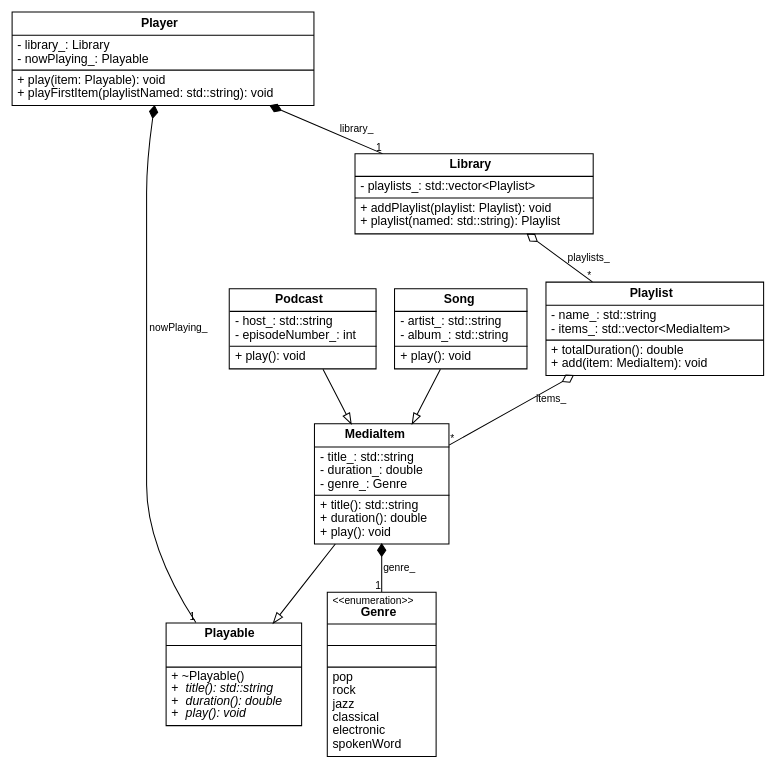
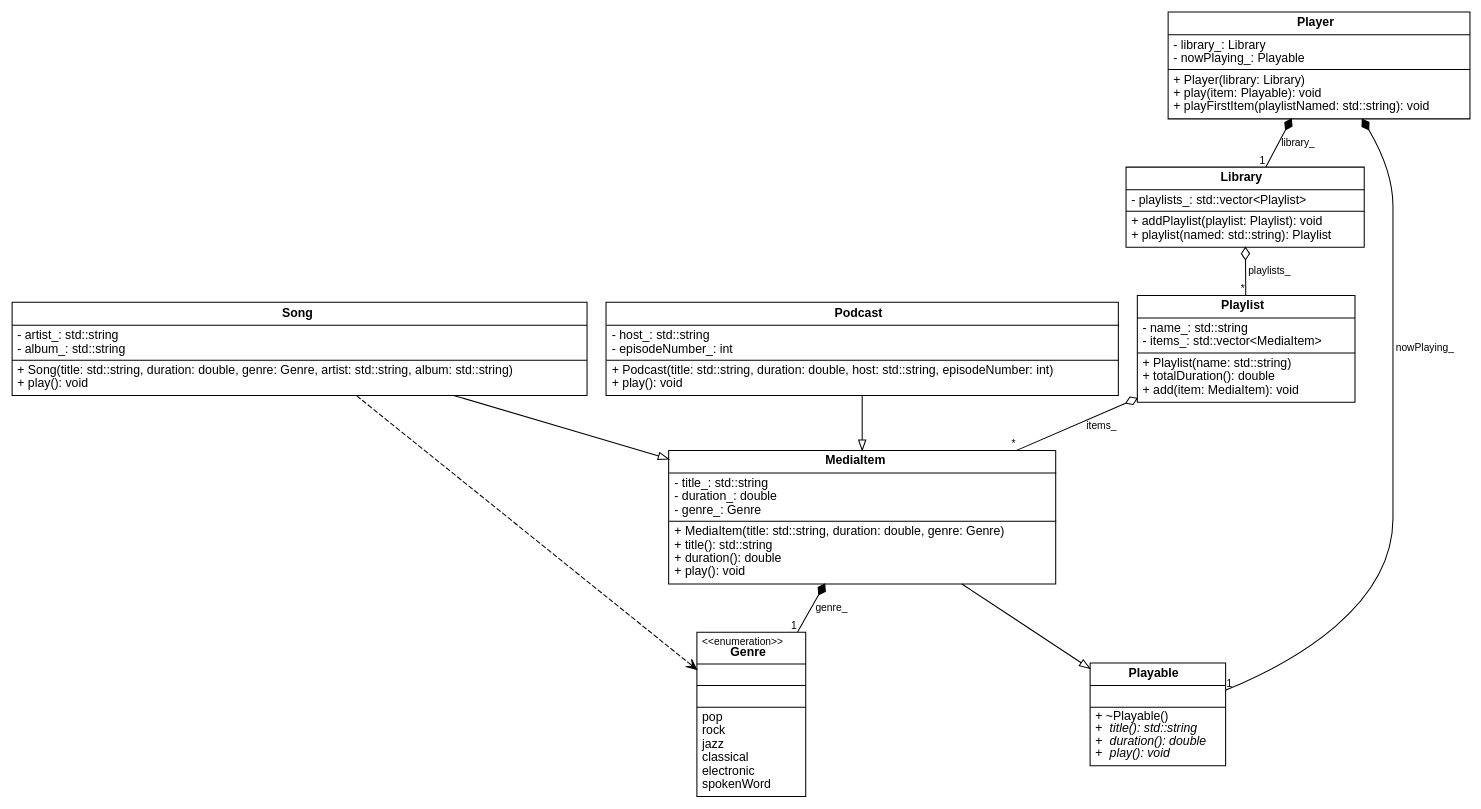
Before and after one commit to pauljohanneskraft/Acai: the diagram in Examples/ClassDiagram/Exports/cpp.dot, drawn with Graphviz. The commit also changed 495 other files, not shown here.

```diff
--- a/Examples/ClassDiagram/Exports/cpp.dot
+++ b/Examples/ClassDiagram/Exports/cpp.dot
@@ -1,24 +1,25 @@
 digraph Acai {
   rankdir=TB;
   compound=true;
   fontname="Helvetica";
   fontsize=12;
   node [shape=none margin=0 fontname="Helvetica" fontsize=12];
   edge [fontname="Helvetica" fontsize=10];
   "Library" [label=<<TABLE BORDER="1" CELLBORDER="0" CELLSPACING="0" CELLPADDING="4"><TR><TD ALIGN="CENTER"><B>Library</B></TD></TR><HR/><TR><TD ALIGN="LEFT">- playlists_: std::vector&lt;Playlist&gt;<BR ALIGN="LEFT"/></TD></TR><HR/><TR><TD ALIGN="LEFT">+ addPlaylist(playlist: Playlist): void<BR ALIGN="LEFT"/>+ playlist(named: std::string): Playlist<BR ALIGN="LEFT"/></TD></TR></TABLE>>];
-  "MediaItem" [label=<<TABLE BORDER="1" CELLBORDER="0" CELLSPACING="0" CELLPADDING="4"><TR><TD ALIGN="CENTER"><B>MediaItem</B></TD></TR><HR/><TR><TD ALIGN="LEFT">- title_: std::string<BR ALIGN="LEFT"/>- duration_: double<BR ALIGN="LEFT"/>- genre_: Genre<BR ALIGN="LEFT"/></TD></TR><HR/><TR><TD ALIGN="LEFT">+ title(): std::string<BR ALIGN="LEFT"/>+ duration(): double<BR ALIGN="LEFT"/>+ play(): void<BR ALIGN="LEFT"/></TD></TR></TABLE>>];
+  "MediaItem" [label=<<TABLE BORDER="1" CELLBORDER="0" CELLSPACING="0" CELLPADDING="4"><TR><TD ALIGN="CENTER"><B>MediaItem</B></TD></TR><HR/><TR><TD ALIGN="LEFT">- title_: std::string<BR ALIGN="LEFT"/>- duration_: double<BR ALIGN="LEFT"/>- genre_: Genre<BR ALIGN="LEFT"/></TD></TR><HR/><TR><TD ALIGN="LEFT">+ MediaItem(title: std::string, duration: double, genre: Genre)<BR ALIGN="LEFT"/>+ title(): std::string<BR ALIGN="LEFT"/>+ duration(): double<BR ALIGN="LEFT"/>+ play(): void<BR ALIGN="LEFT"/></TD></TR></TABLE>>];
   "Genre" [label=<<TABLE BORDER="1" CELLBORDER="0" CELLSPACING="0" CELLPADDING="4"><TR><TD ALIGN="CENTER"><FONT POINT-SIZE="10">&lt;&lt;enumeration&gt;&gt;</FONT><BR/><B>Genre</B></TD></TR><HR/><TR><TD ALIGN="LEFT"> </TD></TR><HR/><TR><TD ALIGN="LEFT"> </TD></TR><HR/><TR><TD ALIGN="LEFT">pop<BR ALIGN="LEFT"/>rock<BR ALIGN="LEFT"/>jazz<BR ALIGN="LEFT"/>classical<BR ALIGN="LEFT"/>electronic<BR ALIGN="LEFT"/>spokenWord<BR ALIGN="LEFT"/></TD></TR></TABLE>>];
   "Playable" [label=<<TABLE BORDER="1" CELLBORDER="0" CELLSPACING="0" CELLPADDING="4"><TR><TD ALIGN="CENTER"><B>Playable</B></TD></TR><HR/><TR><TD ALIGN="LEFT"> </TD></TR><HR/><TR><TD ALIGN="LEFT">+ ~Playable()<BR ALIGN="LEFT"/>+ <I>title(): std::string</I><BR ALIGN="LEFT"/>+ <I>duration(): double</I><BR ALIGN="LEFT"/>+ <I>play(): void</I><BR ALIGN="LEFT"/></TD></TR></TABLE>>];
-  "Player" [label=<<TABLE BORDER="1" CELLBORDER="0" CELLSPACING="0" CELLPADDING="4"><TR><TD ALIGN="CENTER"><B>Player</B></TD></TR><HR/><TR><TD ALIGN="LEFT">- library_: Library<BR ALIGN="LEFT"/>- nowPlaying_: Playable<BR ALIGN="LEFT"/></TD></TR><HR/><TR><TD ALIGN="LEFT">+ play(item: Playable): void<BR ALIGN="LEFT"/>+ playFirstItem(playlistNamed: std::string): void<BR ALIGN="LEFT"/></TD></TR></TABLE>>];
-  "Playlist" [label=<<TABLE BORDER="1" CELLBORDER="0" CELLSPACING="0" CELLPADDING="4"><TR><TD ALIGN="CENTER"><B>Playlist</B></TD></TR><HR/><TR><TD ALIGN="LEFT">- name_: std::string<BR ALIGN="LEFT"/>- items_: std::vector&lt;MediaItem&gt;<BR ALIGN="LEFT"/></TD></TR><HR/><TR><TD ALIGN="LEFT">+ totalDuration(): double<BR ALIGN="LEFT"/>+ add(item: MediaItem): void<BR ALIGN="LEFT"/></TD></TR></TABLE>>];
-  "Podcast" [label=<<TABLE BORDER="1" CELLBORDER="0" CELLSPACING="0" CELLPADDING="4"><TR><TD ALIGN="CENTER"><B>Podcast</B></TD></TR><HR/><TR><TD ALIGN="LEFT">- host_: std::string<BR ALIGN="LEFT"/>- episodeNumber_: int<BR ALIGN="LEFT"/></TD></TR><HR/><TR><TD ALIGN="LEFT">+ play(): void<BR ALIGN="LEFT"/></TD></TR></TABLE>>];
-  "Song" [label=<<TABLE BORDER="1" CELLBORDER="0" CELLSPACING="0" CELLPADDING="4"><TR><TD ALIGN="CENTER"><B>Song</B></TD></TR><HR/><TR><TD ALIGN="LEFT">- artist_: std::string<BR ALIGN="LEFT"/>- album_: std::string<BR ALIGN="LEFT"/></TD></TR><HR/><TR><TD ALIGN="LEFT">+ play(): void<BR ALIGN="LEFT"/></TD></TR></TABLE>>];
+  "Player" [label=<<TABLE BORDER="1" CELLBORDER="0" CELLSPACING="0" CELLPADDING="4"><TR><TD ALIGN="CENTER"><B>Player</B></TD></TR><HR/><TR><TD ALIGN="LEFT">- library_: Library<BR ALIGN="LEFT"/>- nowPlaying_: Playable<BR ALIGN="LEFT"/></TD></TR><HR/><TR><TD ALIGN="LEFT">+ Player(library: Library)<BR ALIGN="LEFT"/>+ play(item: Playable): void<BR ALIGN="LEFT"/>+ playFirstItem(playlistNamed: std::string): void<BR ALIGN="LEFT"/></TD></TR></TABLE>>];
+  "Playlist" [label=<<TABLE BORDER="1" CELLBORDER="0" CELLSPACING="0" CELLPADDING="4"><TR><TD ALIGN="CENTER"><B>Playlist</B></TD></TR><HR/><TR><TD ALIGN="LEFT">- name_: std::string<BR ALIGN="LEFT"/>- items_: std::vector&lt;MediaItem&gt;<BR ALIGN="LEFT"/></TD></TR><HR/><TR><TD ALIGN="LEFT">+ Playlist(name: std::string)<BR ALIGN="LEFT"/>+ totalDuration(): double<BR ALIGN="LEFT"/>+ add(item: MediaItem): void<BR ALIGN="LEFT"/></TD></TR></TABLE>>];
+  "Podcast" [label=<<TABLE BORDER="1" CELLBORDER="0" CELLSPACING="0" CELLPADDING="4"><TR><TD ALIGN="CENTER"><B>Podcast</B></TD></TR><HR/><TR><TD ALIGN="LEFT">- host_: std::string<BR ALIGN="LEFT"/>- episodeNumber_: int<BR ALIGN="LEFT"/></TD></TR><HR/><TR><TD ALIGN="LEFT">+ Podcast(title: std::string, duration: double, host: std::string, episodeNumber: int)<BR ALIGN="LEFT"/>+ play(): void<BR ALIGN="LEFT"/></TD></TR></TABLE>>];
+  "Song" [label=<<TABLE BORDER="1" CELLBORDER="0" CELLSPACING="0" CELLPADDING="4"><TR><TD ALIGN="CENTER"><B>Song</B></TD></TR><HR/><TR><TD ALIGN="LEFT">- artist_: std::string<BR ALIGN="LEFT"/>- album_: std::string<BR ALIGN="LEFT"/></TD></TR><HR/><TR><TD ALIGN="LEFT">+ Song(title: std::string, duration: double, genre: Genre, artist: std::string, album: std::string)<BR ALIGN="LEFT"/>+ play(): void<BR ALIGN="LEFT"/></TD></TR></TABLE>>];
   "MediaItem" -> "Playable" [arrowhead=empty style=solid];
   "Podcast" -> "MediaItem" [arrowhead=empty style=solid];
   "Song" -> "MediaItem" [arrowhead=empty style=solid];
   "Library" -> "Playlist" [dir=back arrowtail=odiamond label="playlists_" headlabel="*"];
   "MediaItem" -> "Genre" [dir=back arrowtail=diamond label="genre_" headlabel="1"];
   "Player" -> "Library" [dir=back arrowtail=diamond label="library_" headlabel="1"];
   "Player" -> "Playable" [dir=back arrowtail=diamond label="nowPlaying_" headlabel="1"];
   "Playlist" -> "MediaItem" [dir=back arrowtail=odiamond label="items_" headlabel="*"];
+  "Song" -> "Genre" [arrowhead=vee style=dashed];
 }
```
